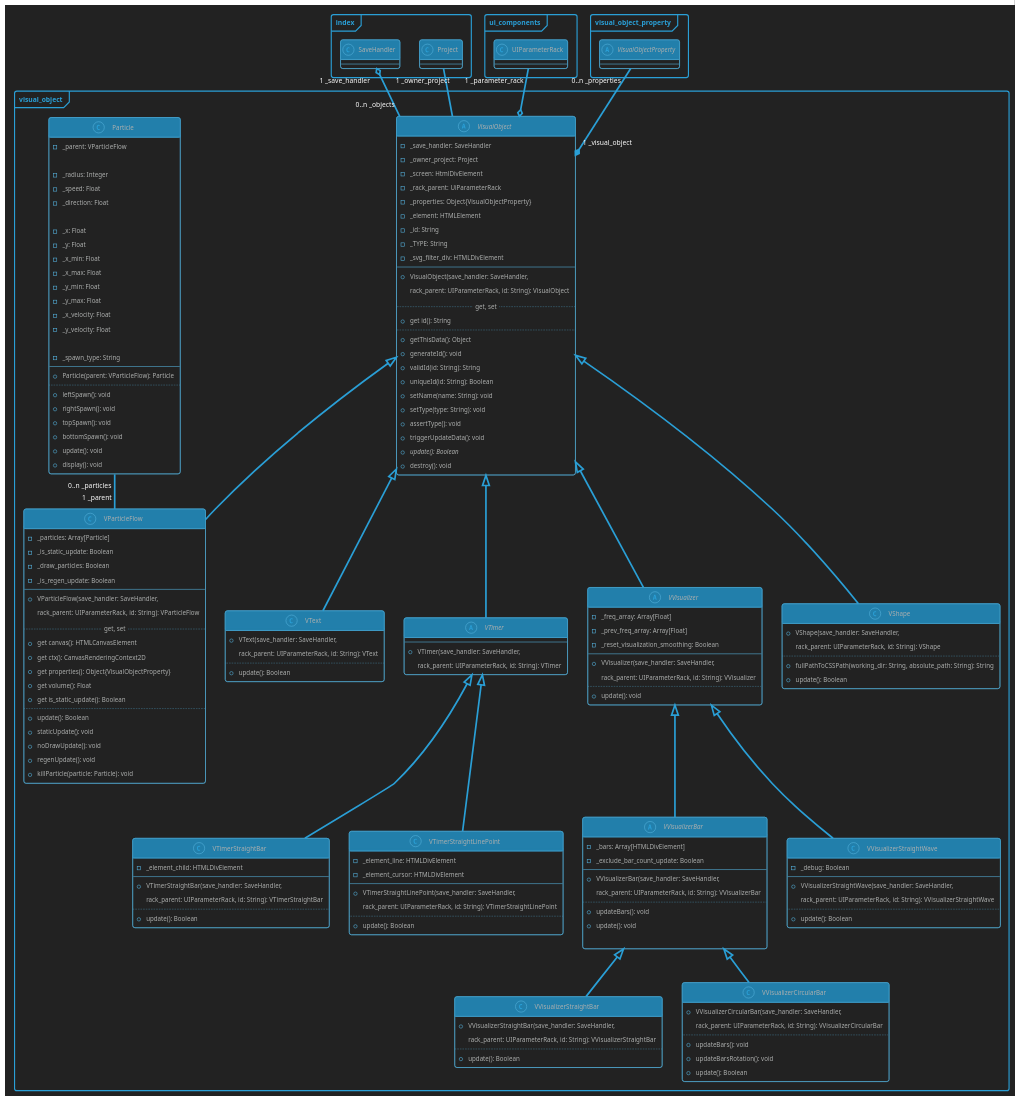
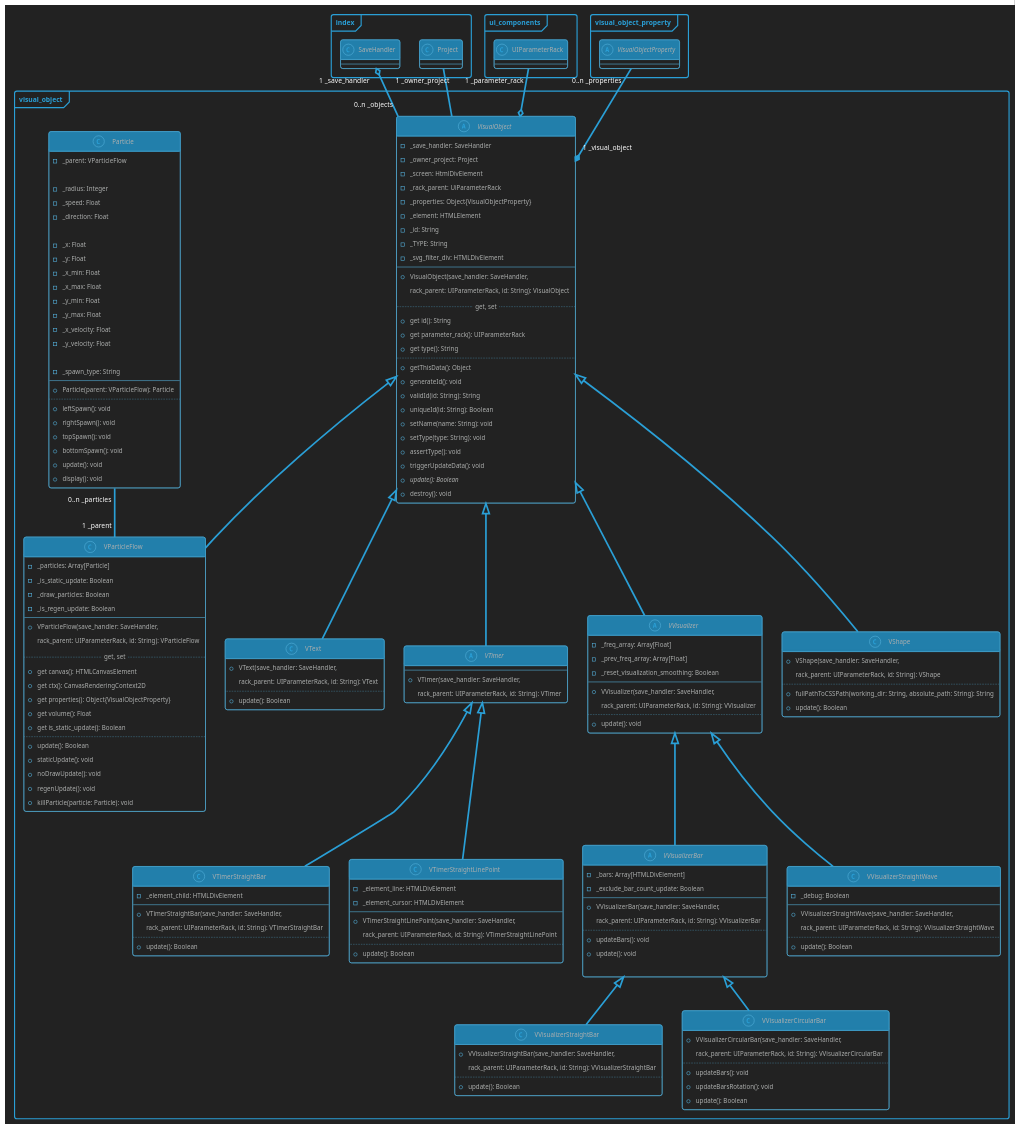
One commit to Picorims/wav2bar changed the diagram in docs/visual_object.plantuml. Above: the diagram before and after it, drawn with PlantUML. The commit also changed 4 other files, not shown here.

```diff
--- a/docs/visual_object.plantuml
+++ b/docs/visual_object.plantuml
@@ -35,6 +35,8 @@
         rack_parent: UIParameterRack, id: String): VisualObject
         ..get, set..
         + get id(): String
+        + get parameter_rack(): UIParameterRack
+        + get type(): String
         ..
         + getThisData(): Object
         + generateId(): void
```
